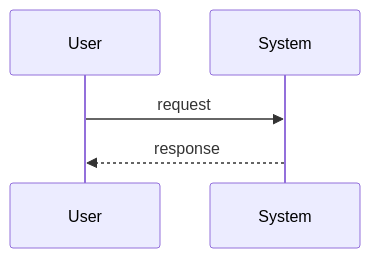
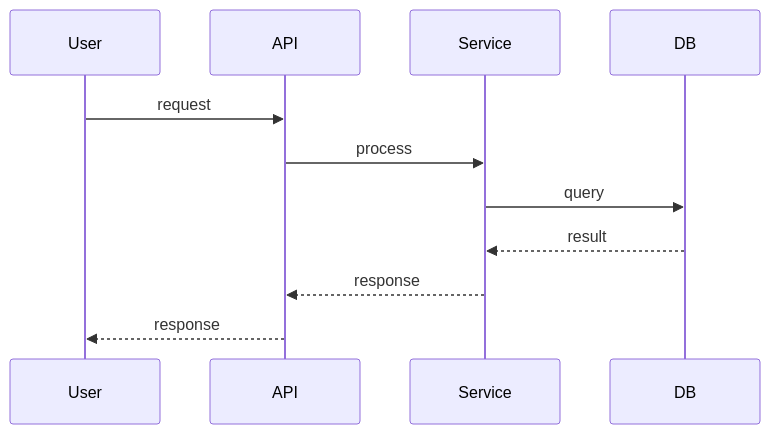
The second of 2 diagrams in README-cn.md (aidenz0/codebase-comprehension), drawn with Mermaid before and after one commit. The commit also changed other lines of this file and 1 other file, not shown here.

````diff
--- a/README-cn.md
+++ b/README-cn.md
@@ -109,5 +125,9 @@
 ```mermaid
 sequenceDiagram
-    User->>System: request
-    System-->>User: response
+    User->>API: request
+    API->>Service: process
+    Service->>DB: query
+    DB-->>Service: result
+    Service-->>API: response
+    API-->>User: response
 ```
````
